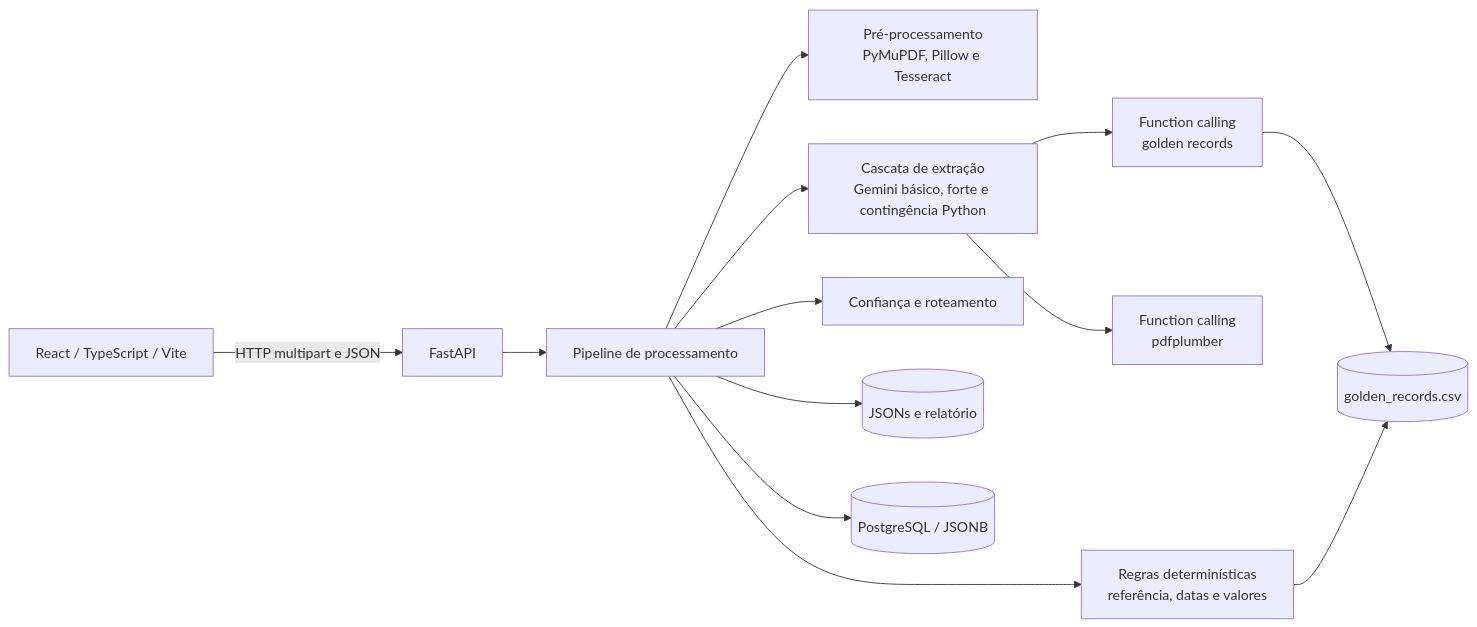
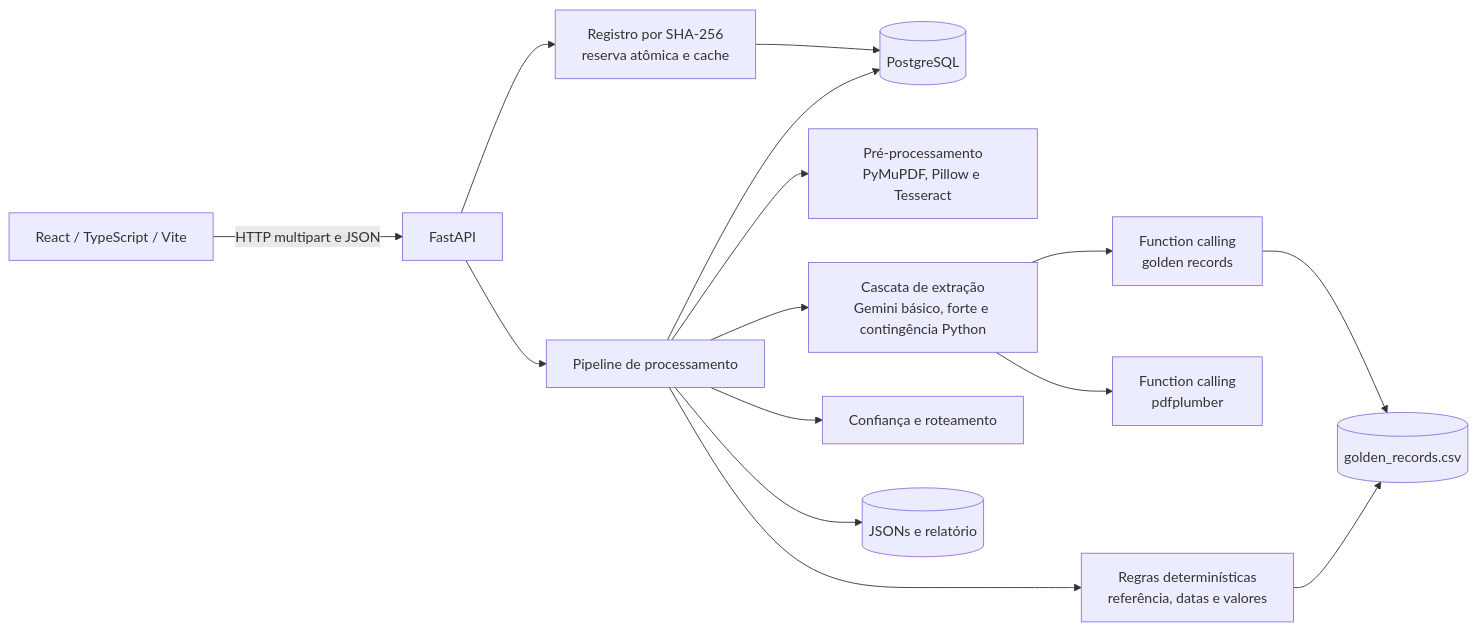
One commit to GMiraaa/fintrace changed the second of 2 diagrams in README.md. Above: the diagram before and after it, drawn with Mermaid. The commit also changed other lines of this file and 27 other files, not shown here.

````diff
--- a/README.md
+++ b/README.md
@@ -111,15 +132,17 @@
 ```mermaid
 flowchart LR
     UI[React / TypeScript / Vite] -->|HTTP multipart e JSON| API[FastAPI]
+    API --> REG[Registro por SHA-256<br/>reserva atômica e cache]
+    REG --> PG[(PostgreSQL)]
     API --> PIPE[Pipeline de processamento]
     PIPE --> DOC[Pré-processamento<br/>PyMuPDF, Pillow e Tesseract]
     PIPE --> CASCADE[Cascata de extração<br/>Gemini básico, forte e contingência Python]
     CASCADE --> REFTOOL[Function calling<br/>golden records]
     CASCADE --> PDFTOOL[Function calling<br/>pdfplumber]
     PIPE --> RULES[Regras determinísticas<br/>referência, datas e valores]
     PIPE --> CONF[Confiança e roteamento]
     REFTOOL --> CSV[(golden_records.csv)]
     RULES --> CSV
     PIPE --> JSON[(JSONs e relatório)]
-    PIPE --> PG[(PostgreSQL / JSONB)]
+    PIPE --> PG
 ```
````
